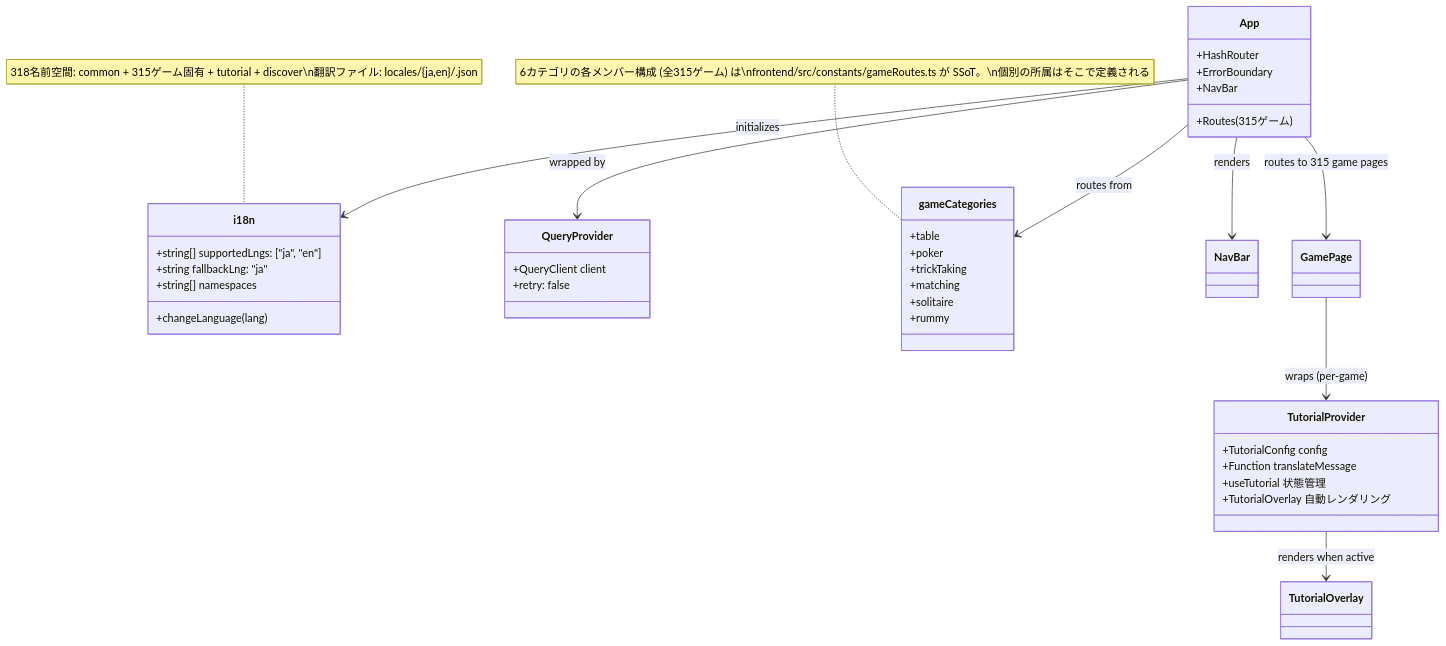
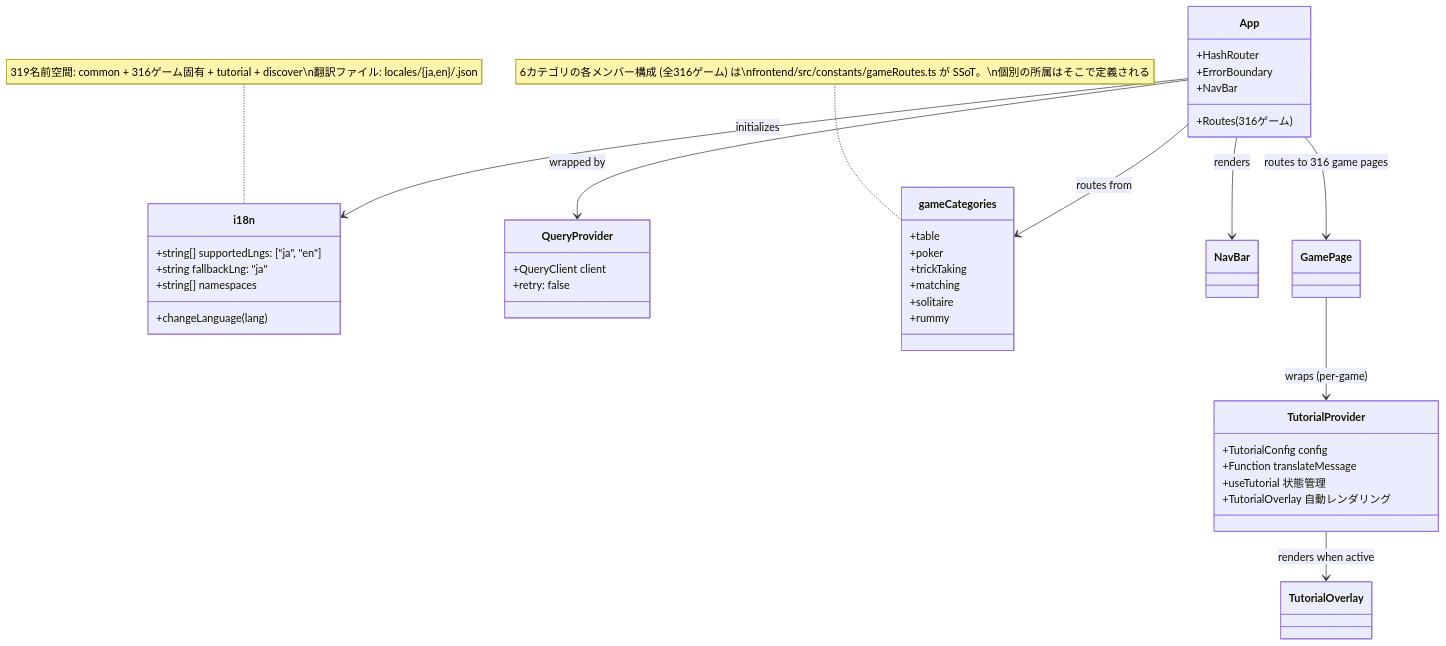
Before and after one commit to yuta-yoshinaga/go_trumpcards: the ninth of 49 diagrams in docs/design/frontend.md, drawn with Mermaid. The commit also changed other lines of this file and 60 other files, not shown here.

````diff
--- a/docs/design/frontend.md
+++ b/docs/design/frontend.md
@@ -1869,48 +1869,48 @@
 ```mermaid
 classDiagram
     class i18n {
         +string[] supportedLngs: ["ja", "en"]
         +string fallbackLng: "ja"
         +string[] namespaces
         +changeLanguage(lang)
     }
 
     class QueryProvider {
         +QueryClient client
         +retry: false
     }
 
     class App {
         +HashRouter
         +ErrorBoundary
         +NavBar
-        +Routes (315ゲーム)
+        +Routes (316ゲーム)
     }
 
     class gameCategories {
         +table
         +poker
         +trickTaking
         +matching
         +solitaire
         +rummy
     }
-    note for gameCategories "6カテゴリの各メンバー構成 (全315ゲーム) は\nfrontend/src/constants/gameRoutes.ts が SSoT。\n個別の所属はそこで定義される"
+    note for gameCategories "6カテゴリの各メンバー構成 (全316ゲーム) は\nfrontend/src/constants/gameRoutes.ts が SSoT。\n個別の所属はそこで定義される"
 
     class TutorialProvider {
         +TutorialConfig config
         +Function translateMessage
         +useTutorial 状態管理
         +TutorialOverlay 自動レンダリング
     }
 
     App --> QueryProvider : wrapped by
     App --> i18n : initializes
     App --> gameCategories : routes from
     App --> NavBar : renders
-    App --> GamePage : routes to 315 game pages
+    App --> GamePage : routes to 316 game pages
     GamePage --> TutorialProvider : wraps (per-game)
     TutorialProvider --> TutorialOverlay : renders when active
 
-    note for i18n "318名前空間: common + 315ゲーム固有 + tutorial + discover\n翻訳ファイル: locales/{ja,en}/<game>.json"
+    note for i18n "319名前空間: common + 316ゲーム固有 + tutorial + discover\n翻訳ファイル: locales/{ja,en}/<game>.json"
 ```
````
